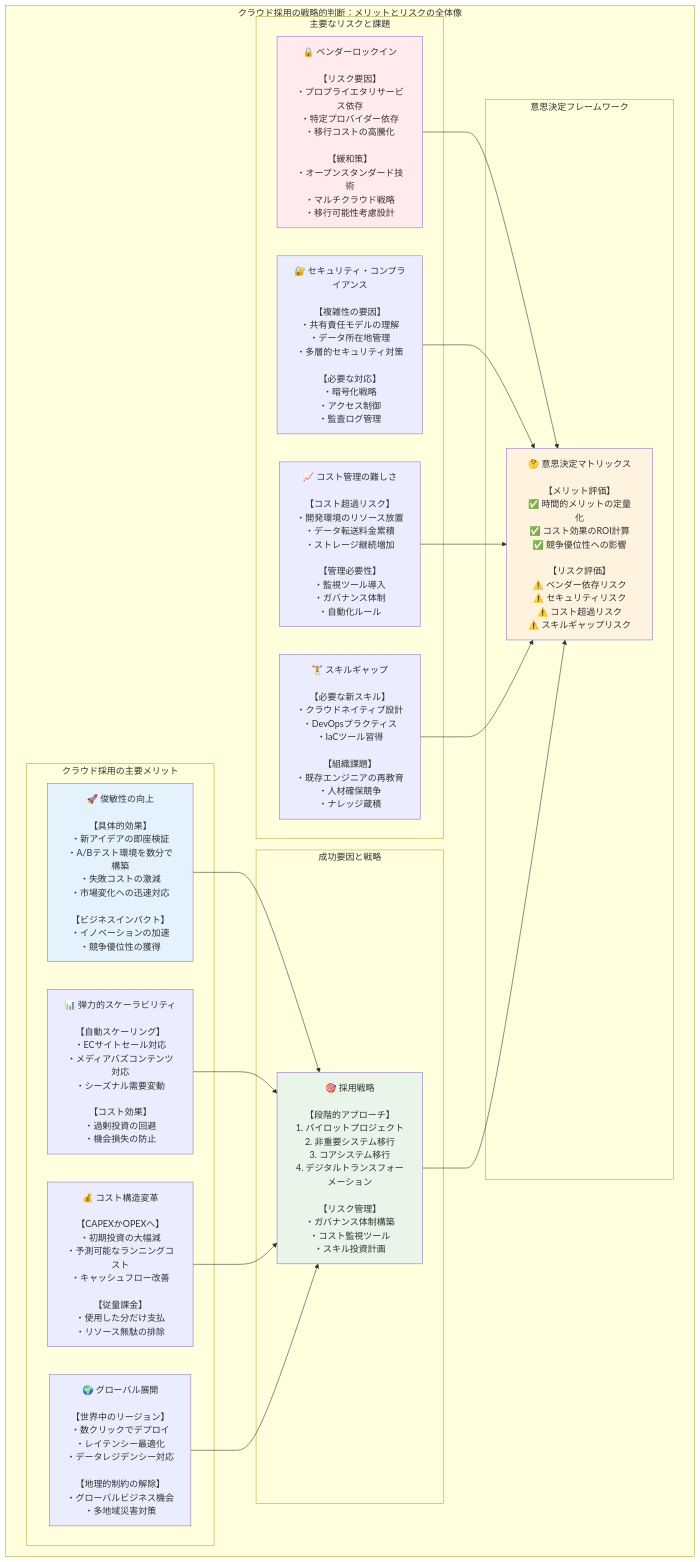
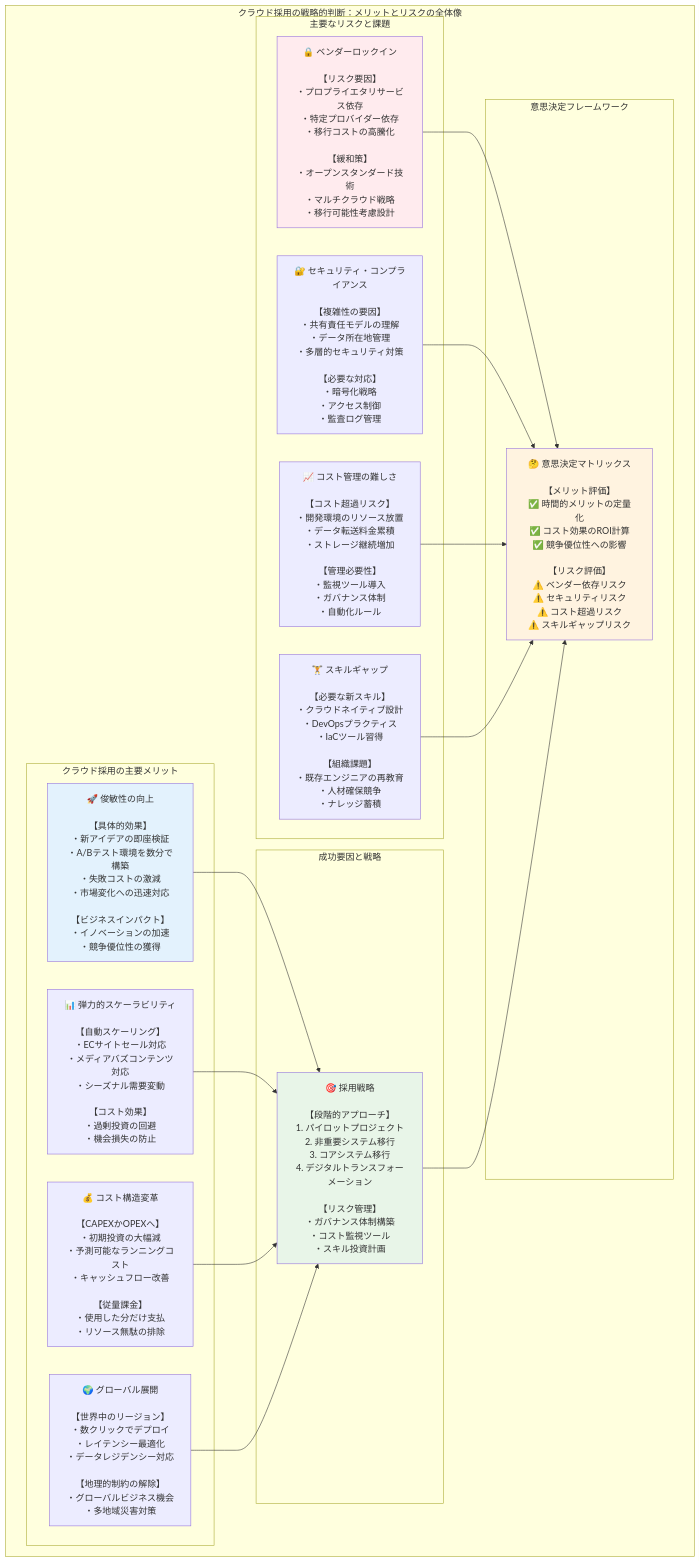
One commit to itdojp/cloud-infra-book changed the second of 2 diagrams in src/chapter-chapter01/index.md. Above: the diagram before and after it, drawn with Mermaid.

````diff
--- a/src/chapter-chapter01/index.md
+++ b/src/chapter-chapter01/index.md
@@ -204,49 +204,49 @@
 ```mermaid
 flowchart TD
     subgraph "クラウド採用の戦略的判断：メリットとリスクの全体像"
         subgraph "クラウド採用の主要メリット"
             Agility["🚀 俊敏性の向上<br/><br/>【具体的効果】<br/>・新アイデアの即座検証<br/>・A/Bテスト環境を数分で構築<br/>・失敗コストの激減<br/>・市場変化への迅速対応<br/><br/>【ビジネスインパクト】<br/>・イノベーションの加速<br/>・競争優位性の獲得"]
             
             Scalability["📊 弾力的スケーラビリティ<br/><br/>【自動スケーリング】<br/>・ECサイトセール対応<br/>・メディアバズコンテンツ対応<br/>・シーズナル需要変動<br/><br/>【コスト効果】<br/>・過剰投資の回避<br/>・機会損失の防止"]
             
             CostStructure["💰 コスト構造変革<br/><br/>【CAPEXかOPEXへ】<br/>・初期投資の大幅減<br/>・予測可能なランニングコスト<br/>・キャッシュフロー改善<br/><br/>【従量課金】<br/>・使用した分だけ支払<br/>・リソース無駄の排除"]
             
             GlobalReach["🌍 グローバル展開<br/><br/>【世界中のリージョン】<br/>・数クリックでデプロイ<br/>・レイテンシー最適化<br/>・データレジデンシー対応<br/><br/>【地理的制約の解除】<br/>・グローバルビジネス機会<br/>・多地域災害対策"]
         end
         
         subgraph "主要なリスクと課題"
             VendorLock["🔒 ベンダーロックイン<br/><br/>【リスク要因】<br/>・プロプライエタリサービス依存<br/>・特定プロバイダー依存<br/>・移行コストの高騰化<br/><br/>【緩和策】<br/>・オープンスタンダード技術<br/>・マルチクラウド戦略<br/>・移行可能性考慮設計"]
             
             Security["🔐 セキュリティ・コンプライアンス<br/><br/>【複雑性の要因】<br/>・共有責任モデルの理解<br/>・データ所在地管理<br/>・多層的セキュリティ対策<br/><br/>【必要な対応】<br/>・暗号化戦略<br/>・アクセス制御<br/>・監査ログ管理"]
             
             CostManagement["📈 コスト管理の難しさ<br/><br/>【コスト超過リスク】<br/>・開発環境のリソース放置<br/>・データ転送料金累積<br/>・ストレージ継続増加<br/><br/>【管理必要性】<br/>・監視ツール導入<br/>・ガバナンス体制<br/>・自動化ルール"]
             
-            SkillGap["🏋️ スキルギャップ<br/><br/>【必要な新スキル】<br/>・クラウドネイティブ設計<br/>・DevOpsプラクティス<br/>・IaCツール習得<br/><br/>【組織課題】<br/>・既存エンジニアの再教育<br/>・人材確保競争<br/>・ナレッジ蔵積"]
+            SkillGap["🏋️ スキルギャップ<br/><br/>【必要な新スキル】<br/>・クラウドネイティブ設計<br/>・DevOpsプラクティス<br/>・IaCツール習得<br/><br/>【組織課題】<br/>・既存エンジニアの再教育<br/>・人材確保競争<br/>・ナレッジ蓄積"]
         end
         
         subgraph "成功要因と戦略"
             Strategy["🎯 採用戦略<br/><br/>【段階的アプローチ】<br/>1. パイロットプロジェクト<br/>2. 非重要システム移行<br/>3. コアシステム移行<br/>4. デジタルトランスフォーメーション<br/><br/>【リスク管理】<br/>・ガバナンス体制構築<br/>・コスト監視ツール<br/>・スキル投資計画"]
         end
         
         subgraph "意思決定フレームワーク"
             DecisionMatrix["🤔 意思決定マトリックス<br/><br/>【メリット評価】<br/>✅ 時間的メリットの定量化<br/>✅ コスト効果のROI計算<br/>✅ 競争優位性への影響<br/><br/>【リスク評価】<br/>⚠️ ベンダー依存リスク<br/>⚠️ セキュリティリスク<br/>⚠️ コスト超過リスク<br/>⚠️ スキルギャップリスク"]
         end
         
         Agility --> Strategy
         Scalability --> Strategy
         CostStructure --> Strategy
         GlobalReach --> Strategy
         
         VendorLock --> DecisionMatrix
         Security --> DecisionMatrix
         CostManagement --> DecisionMatrix
         SkillGap --> DecisionMatrix
         
         Strategy --> DecisionMatrix
     end
     
     style Agility fill:#e3f2fd
     style VendorLock fill:#ffebee
     style Strategy fill:#e8f5e8
     style DecisionMatrix fill:#fff3e0
 ```
````
